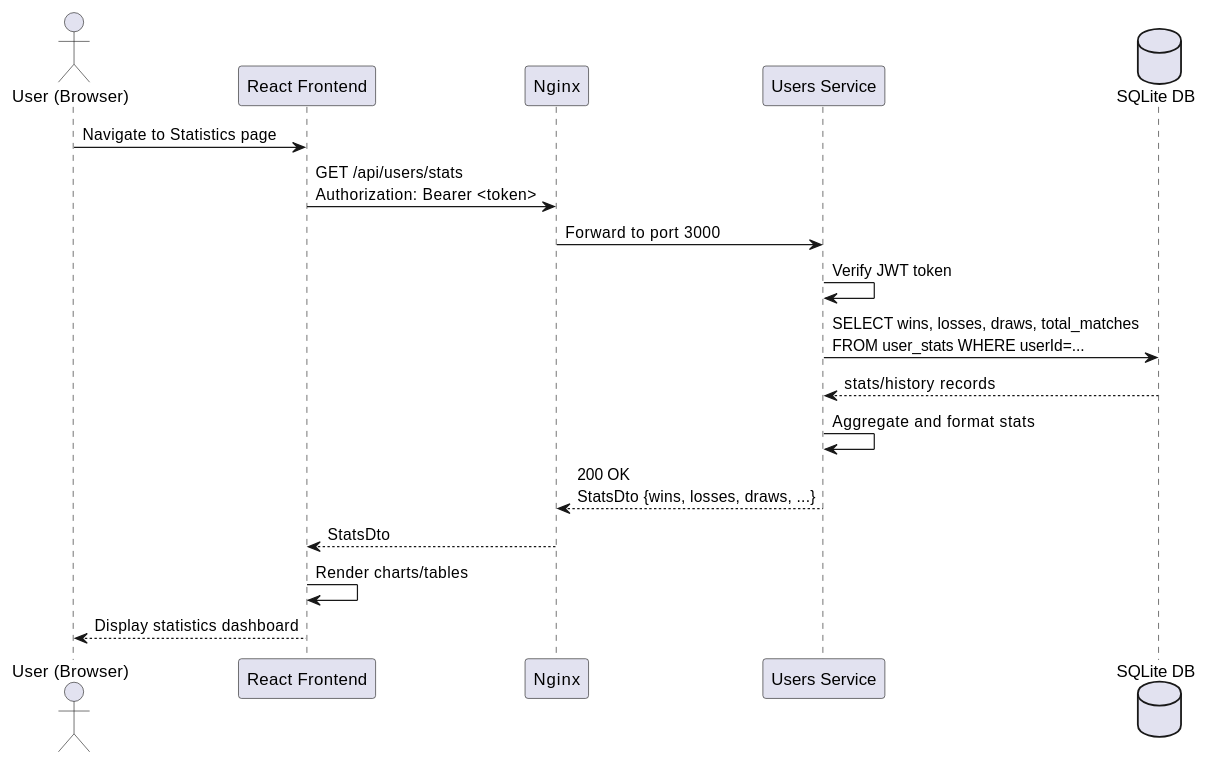
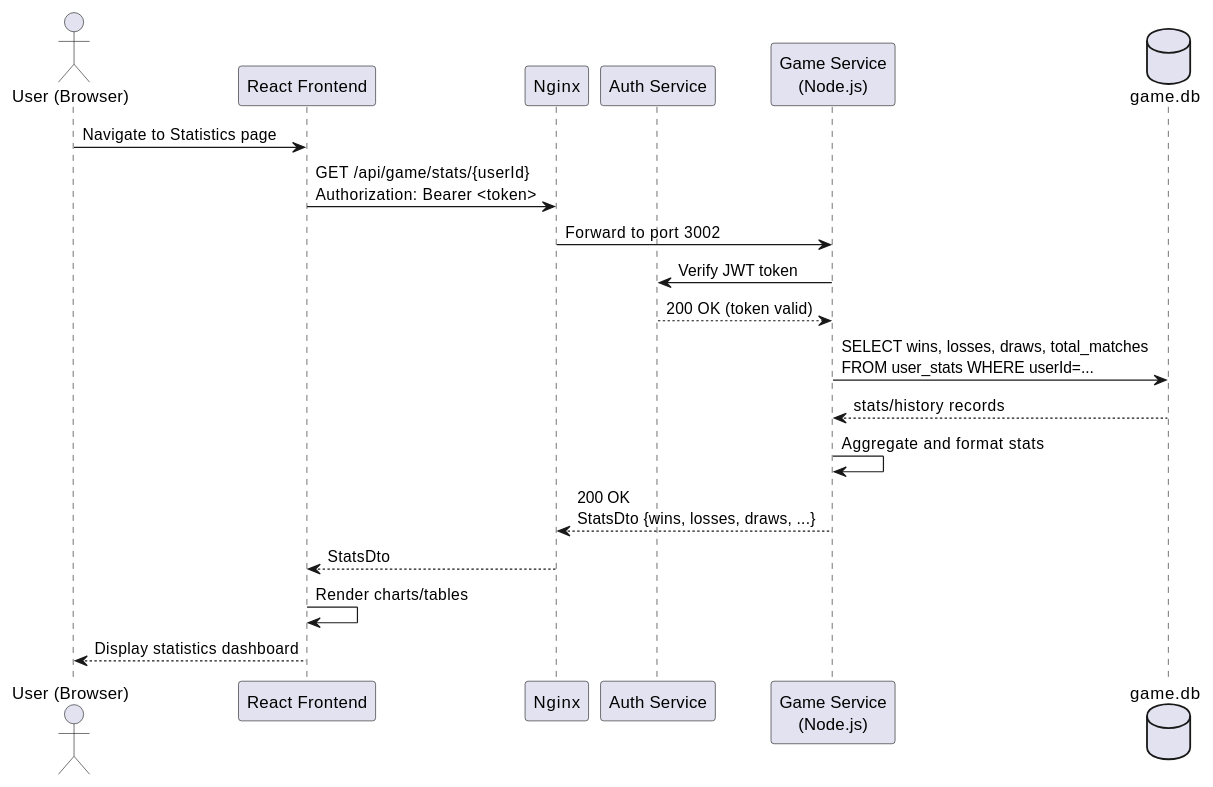
The sixth of 6 diagrams in docs/src/06_runtime_view.adoc (Arquisoft/yovi_es1c), drawn with PlantUML before and after one commit. The commit also changed other lines of this file and 11 other files, not shown here.

```diff
--- a/docs/src/06_runtime_view.adoc
+++ b/docs/src/06_runtime_view.adoc
@@ -209,20 +224,22 @@
 [plantuml, "runtime-stats", png]
 ----
 actor "User (Browser)" as Human
 participant "React Frontend" as Frontend
 participant "Nginx" as Nginx
-participant "Users Service" as Users
-database "SQLite DB" as DB
+participant "Auth Service" as Auth
+participant "Game Service\n(Node.js)" as GameService
+database "game.db" as GameDB
 
 Human -> Frontend: Navigate to Statistics page
-Frontend -> Nginx: GET /api/users/stats\nAuthorization: Bearer <token>
-Nginx -> Users: Forward to port 3000
-Users -> Users: Verify JWT token
-Users -> DB: SELECT wins, losses, draws, total_matches\nFROM user_stats WHERE userId=...
-DB --> Users: stats/history records
-Users -> Users: Aggregate and format stats
-Users --> Nginx: 200 OK\nStatsDto {wins, losses, draws, ...}
+Frontend -> Nginx: GET /api/game/stats/{userId}\nAuthorization: Bearer <token>
+Nginx -> GameService: Forward to port 3002
+GameService -> Auth: Verify JWT token
+Auth --> GameService: 200 OK (token valid)
+GameService -> GameDB: SELECT wins, losses, draws, total_matches\nFROM user_stats WHERE userId=...
+GameDB --> GameService: stats/history records
+GameService -> GameService: Aggregate and format stats
+GameService --> Nginx: 200 OK\nStatsDto {wins, losses, draws, ...}
 Nginx --> Frontend: StatsDto
 Frontend -> Frontend: Render charts/tables
 Frontend --> Human: Display statistics dashboard
 ----
```
